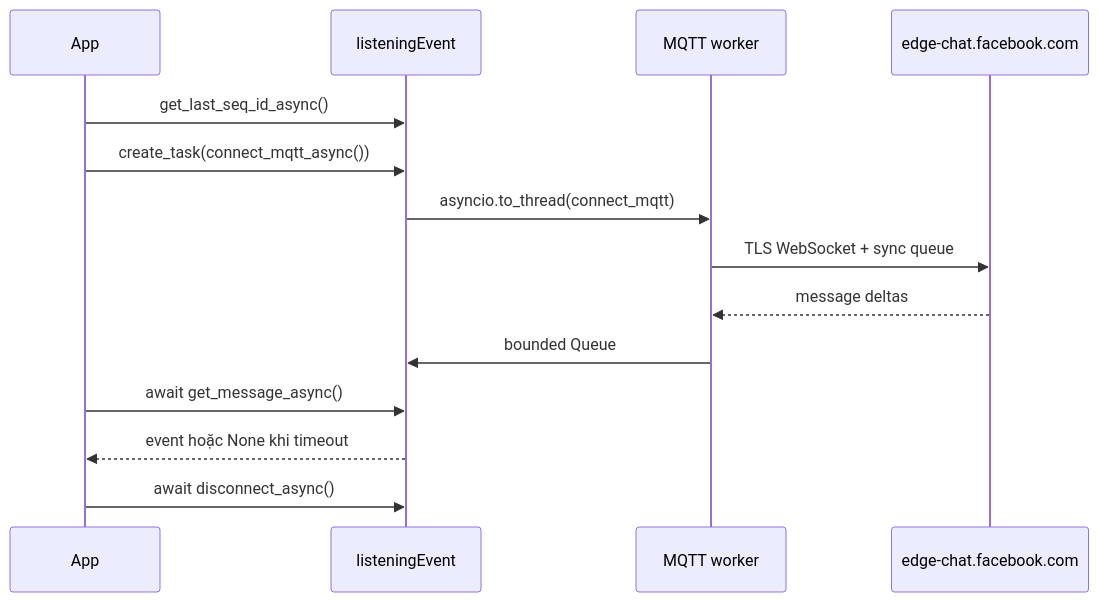
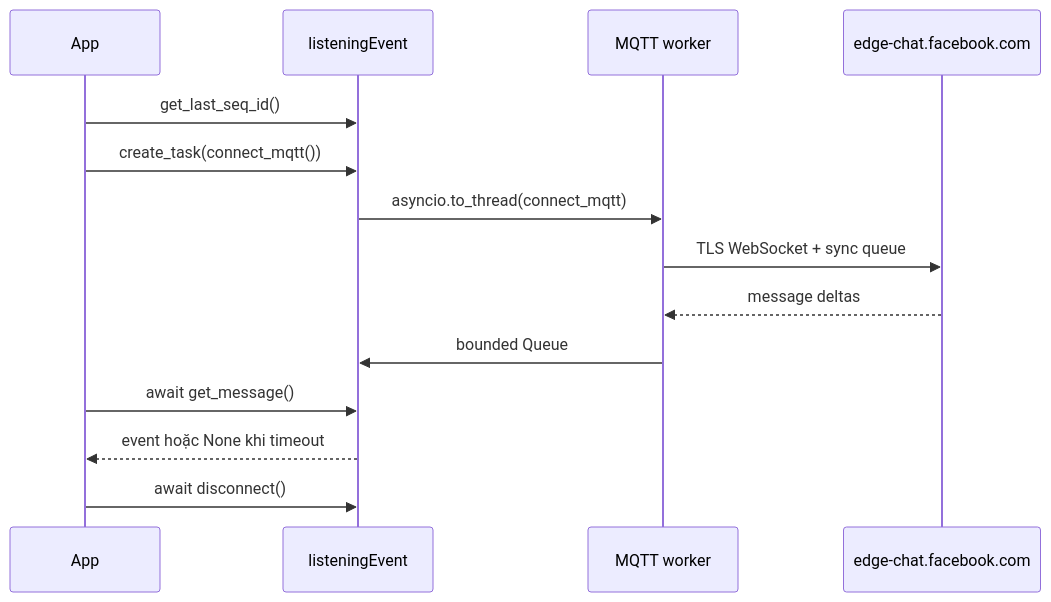
The second of 4 diagrams in FLOWCHART.md (m008v/fbchat-v2), drawn with Mermaid before and after one commit. The commit also changed other lines of this file and 49 other files, not shown here.

````diff
--- a/FLOWCHART.md
+++ b/FLOWCHART.md
@@ -21,17 +21,17 @@
 ```mermaid
 sequenceDiagram
     participant App
     participant Listener as listeningEvent
     participant Worker as MQTT worker
     participant FB as edge-chat.facebook.com
 
-    App->>Listener: get_last_seq_id_async()
-    App->>Listener: create_task(connect_mqtt_async())
+    App->>Listener: get_last_seq_id()
+    App->>Listener: create_task(connect_mqtt())
     Listener->>Worker: asyncio.to_thread(connect_mqtt)
     Worker->>FB: TLS WebSocket + sync queue
     FB-->>Worker: message deltas
     Worker->>Listener: bounded Queue
-    App->>Listener: await get_message_async()
+    App->>Listener: await get_message()
     Listener-->>App: event hoặc None khi timeout
-    App->>Listener: await disconnect_async()
+    App->>Listener: await disconnect()
 ```
````
